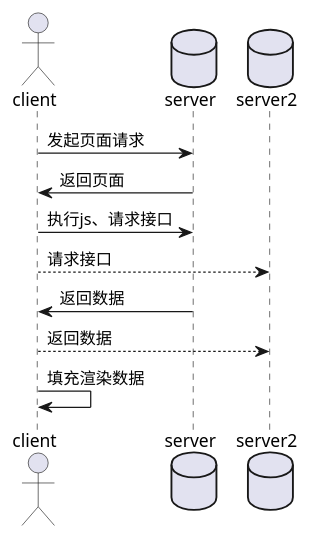
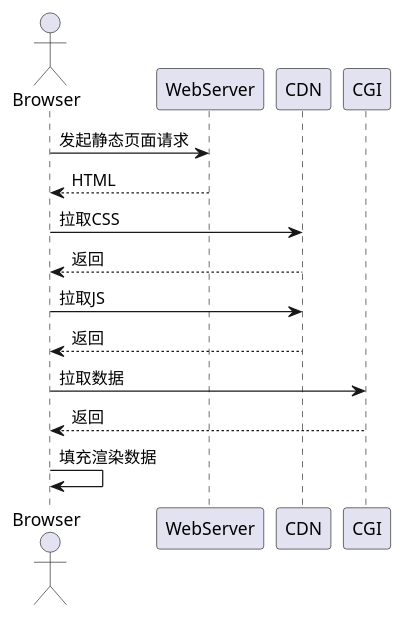
One commit to bingqichen/cnode-react changed the first of 3 diagrams in docs/服务端渲染.md. Above: the diagram before and after it, drawn with PlantUML. The commit also changed other lines of this file and 1 other file, not shown here.

````diff
--- a/docs/服务端渲染.md
+++ b/docs/服务端渲染.md
@@ -20,14 +20,14 @@
 ```plantuml
 @startuml
-actor client
-database server
-database server2
-client -> server: 发起页面请求
-client <- server: 返回页面
-client -> server: 执行js、请求接口
-client --> server2: 请求接口
-client <- server: 返回数据
-client --> server2: 返回数据
-client -> client: 填充渲染数据
+actor Browser
+Browser -> WebServer: 发起静态页面请求
+Browser <-- WebServer: HTML
+Browser -> CDN: 拉取CSS
+Browser <-- CDN: 返回
+Browser -> CDN: 拉取JS
+Browser <-- CDN: 返回
+Browser -> CGI: 拉取数据
+Browser <-- CGI: 返回
+Browser -> Browser: 填充渲染数据
 @enduml
 ```
````
